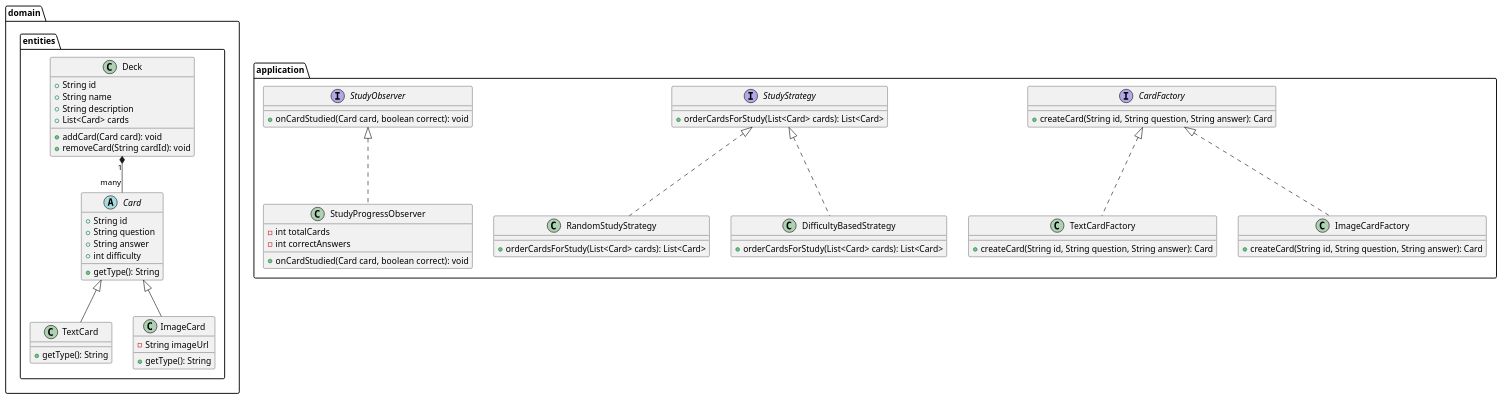
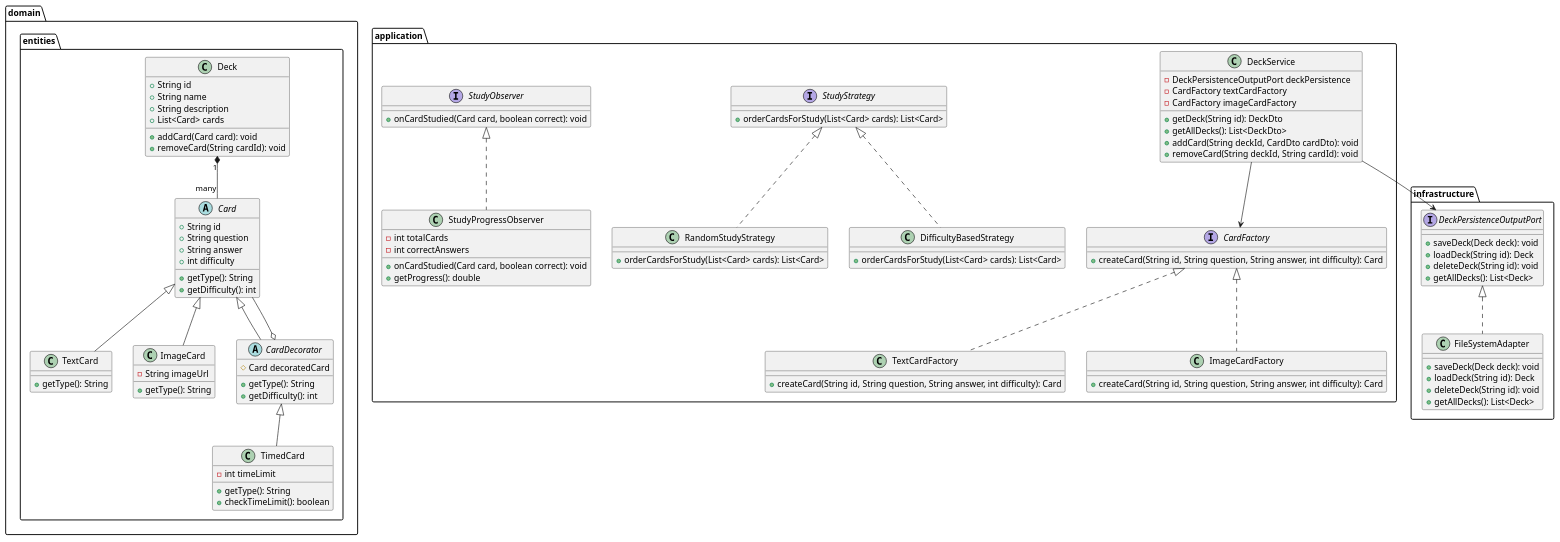
One commit to EluAlty/flash_cards changed the diagram in class_diagram.puml. Above: the diagram before and after it, drawn with PlantUML.

```diff
--- a/class_diagram.puml
+++ b/class_diagram.puml
@@ -1,64 +1,120 @@
 @startuml
 package "domain.entities" {
   abstract class Card {
     +String id
     +String question
     +String answer
     +int difficulty
     +getType(): String
+    +getDifficulty(): int
   }
+  
   class TextCard {
     +getType(): String
   }
+  
   class ImageCard {
     -String imageUrl
     +getType(): String
   }
+  
+  abstract class CardDecorator {
+    #Card decoratedCard
+    +getType(): String
+    +getDifficulty(): int
+  }
+  
+  class TimedCard {
+    -int timeLimit
+    +getType(): String
+    +checkTimeLimit(): boolean
+  }
+  
   class Deck {
     +String id
     +String name
     +String description
     +List<Card> cards
     +addCard(Card card): void
     +removeCard(String cardId): void
   }
 }
 
 package "application" {
   interface CardFactory {
-    +createCard(String id, String question, String answer): Card
+    +createCard(String id, String question, String answer, int difficulty): Card
   }
+  
   class TextCardFactory {
-    +createCard(String id, String question, String answer): Card
+    +createCard(String id, String question, String answer, int difficulty): Card
   }
+  
   class ImageCardFactory {
-    +createCard(String id, String question, String answer): Card
+    +createCard(String id, String question, String answer, int difficulty): Card
   }
+  
   interface StudyStrategy {
     +orderCardsForStudy(List<Card> cards): List<Card>
   }
+  
   class RandomStudyStrategy {
     +orderCardsForStudy(List<Card> cards): List<Card>
   }
+  
   class DifficultyBasedStrategy {
     +orderCardsForStudy(List<Card> cards): List<Card>
   }
+  
   interface StudyObserver {
     +onCardStudied(Card card, boolean correct): void
   }
+  
   class StudyProgressObserver {
     -int totalCards
     -int correctAnswers
     +onCardStudied(Card card, boolean correct): void
+    +getProgress(): double
+  }
+  
+  class DeckService {
+    -DeckPersistenceOutputPort deckPersistence
+    -CardFactory textCardFactory
+    -CardFactory imageCardFactory
+    +getDeck(String id): DeckDto
+    +getAllDecks(): List<DeckDto>
+    +addCard(String deckId, CardDto cardDto): void
+    +removeCard(String deckId, String cardId): void
+  }
+}
+
+package "infrastructure" {
+  interface DeckPersistenceOutputPort {
+    +saveDeck(Deck deck): void
+    +loadDeck(String id): Deck
+    +deleteDeck(String id): void
+    +getAllDecks(): List<Deck>
+  }
+  
+  class FileSystemAdapter {
+    +saveDeck(Deck deck): void
+    +loadDeck(String id): Deck
+    +deleteDeck(String id): void
+    +getAllDecks(): List<Deck>
   }
 }
 
 Card <|-- TextCard
 Card <|-- ImageCard
+Card <|-- CardDecorator
+CardDecorator <|-- TimedCard
+CardDecorator o-- Card
 Deck "1" *-- "many" Card
 CardFactory <|.. TextCardFactory
 CardFactory <|.. ImageCardFactory
 StudyStrategy <|.. RandomStudyStrategy
 StudyStrategy <|.. DifficultyBasedStrategy
 StudyObserver <|.. StudyProgressObserver
+DeckService --> DeckPersistenceOutputPort
+DeckPersistenceOutputPort <|.. FileSystemAdapter
+DeckService --> CardFactory
 @enduml
```
